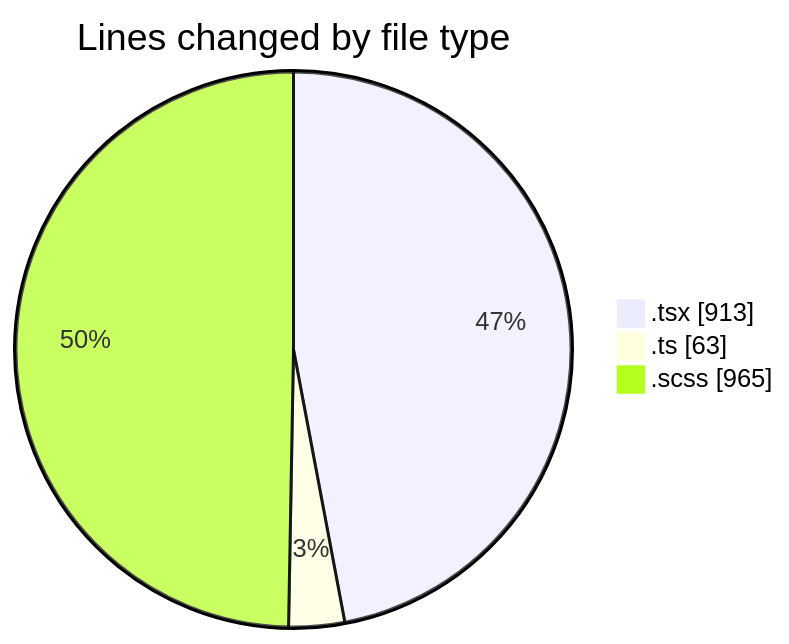
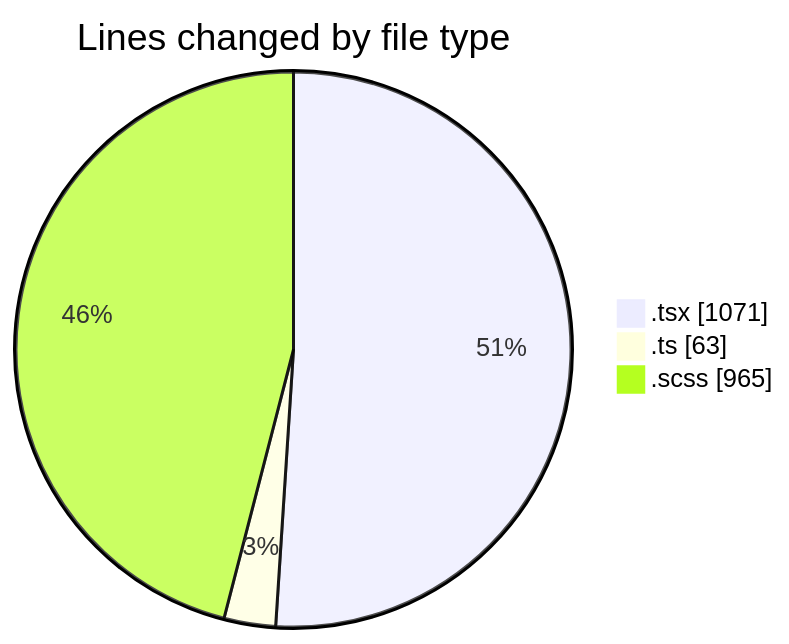
Before and after one commit to momahboobian/code-tracking: the first of 2 diagrams in 2025-04-02/cda/README.md, drawn with Mermaid. The commit also changed other lines of this file and 1 other file, not shown here.

````diff
--- a/2025-04-02/cda/README.md
+++ b/2025-04-02/cda/README.md
@@ -27,7 +27,7 @@
 ```mermaid
 pie showData
 title Lines changed by file type
-".tsx" : 913
+".tsx" : 1071
 ".ts" : 63
 ".scss" : 965
 ```
````
